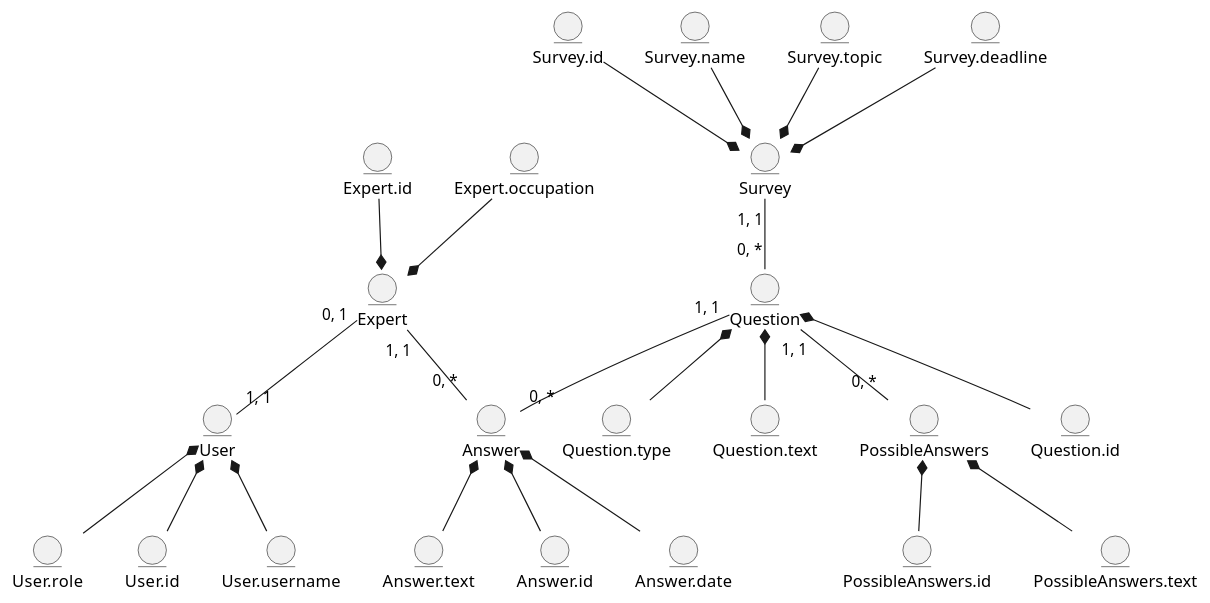
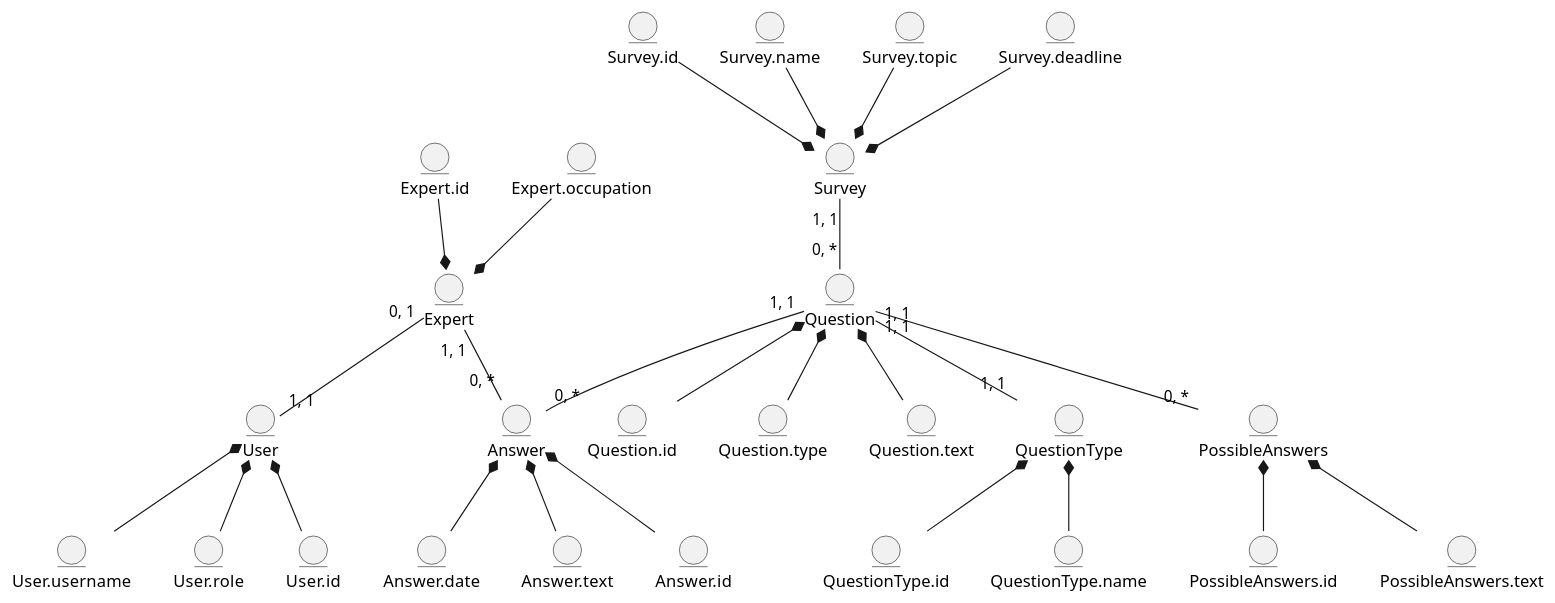
One commit to anrysliusar/SurvExp changed the diagram in src/uml/business-models/BEM.puml. Above: the diagram before and after it, drawn with PlantUML. The commit also changed 1 other file, not shown here.

```diff
--- a/src/uml/business-models/BEM.puml
+++ b/src/uml/business-models/BEM.puml
@@ -1,70 +1,78 @@
 @startuml
   
   '-----Пользователи-----'
   '-Пользователь-'
   entity User
   entity User.id
   entity User.username
   entity User.role
   '-Эксперт-'
   entity Expert
   entity Expert.id
   entity Expert.occupation
   
   '-----Объекты-----'
   '-Опрос-'
   entity Survey
   entity Survey.id
   entity Survey.name
   entity Survey.topic
   entity Survey.deadline
   '-Вопрос-'
   entity Question
   entity Question.id
   entity Question.type
   entity Question.text
   '-Ответы на анкеты-'
   entity Answer
   entity Answer.id
   entity Answer.date
   entity Answer.text
   '-Возможные ответы-'
   entity PossibleAnswers
   entity PossibleAnswers.id
   entity PossibleAnswers.text
+  '-Типы вопросов-'
+  entity QuestionType
+  entity QuestionType.id
+  entity QuestionType.name
   
   
   '-----Пользователи-----'
   '-Пользователь-'
   User.id -u-* User
   User.username -u-* User
   User.role -u-* User
   '-Эксперт-'
   Expert.id -d-* Expert
   Expert.occupation -d-* Expert
   
   '-----Объекты-----'
   '-Связи-'
   Question "0, *" -u- "1, 1" Survey
   User "1, 1" -u- "0, 1" Expert
   Answer "0, *" -u- "1, 1" Question
   Answer "0, *" -u- "1, 1" Expert
   PossibleAnswers "0, *" -u- "1, 1" Question
+  QuestionType "1, 1" -u- "1, 1" Question
   '-Опрос-'
   Survey.id -d-* Survey
   Survey.name -d-* Survey
   Survey.topic -d-* Survey
   Survey.deadline -d-* Survey
   '-Вопрос-'
   Question.id -u-* Question
   Question.type -u-* Question
   Question.text -u-* Question
   '-Ответы на анкеты-'
   Answer.id -u-* Answer
   Answer.date -u-* Answer
   Answer.text -u-* Answer
   '-Возможные ответы-'
   PossibleAnswers.id -u-* PossibleAnswers
   PossibleAnswers.text -u-* PossibleAnswers
+  '-Типы вопросов-'
+  QuestionType.id -u-* QuestionType
+  QuestionType.name -u-* QuestionType
   
 @enduml
```
